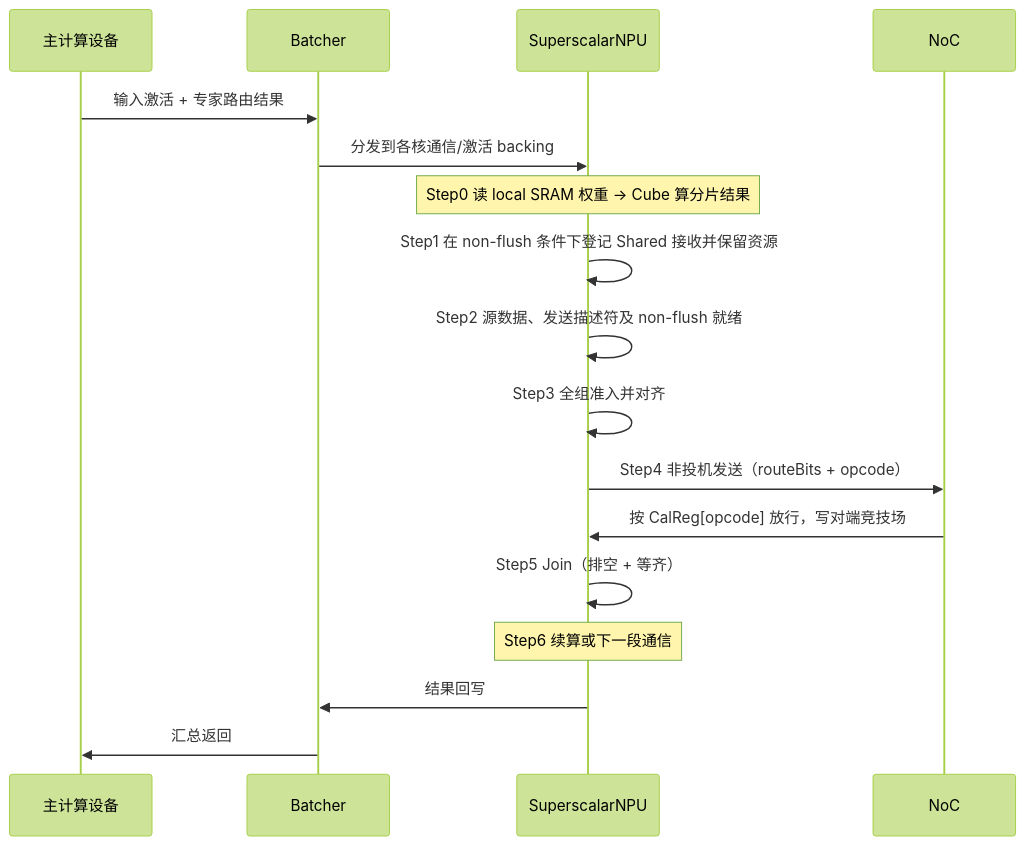
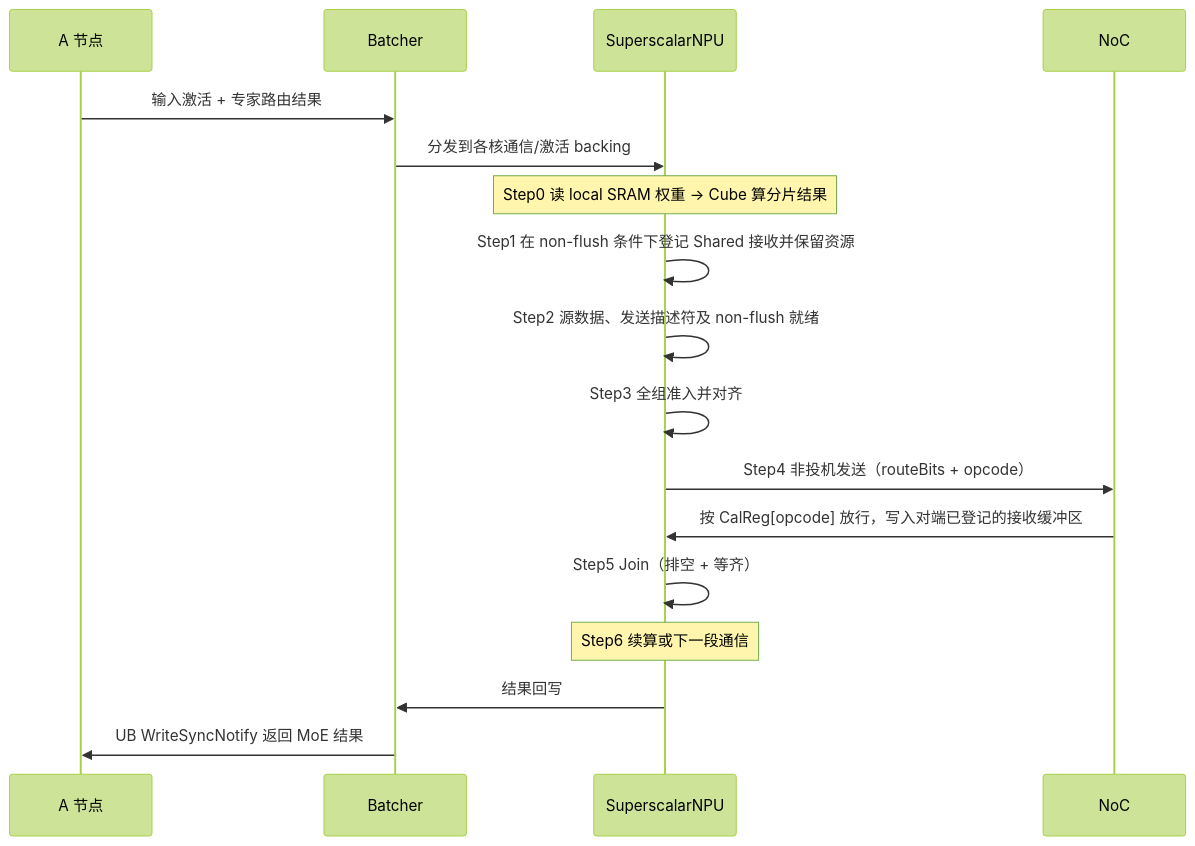
Before and after one commit to PTO-ISA/wse-model: the seventh of 9 diagrams in docs/design/wse-system-architecture-whitepaper.md, drawn with Mermaid (forest theme). The commit also changed other lines of this file and 4 other files, not shown here.

Commit message:
docs: update WSE decode architecture whitepaper to v0.3 (#5)

````diff
--- a/docs/design/wse-system-architecture-whitepaper.md
+++ b/docs/design/wse-system-architecture-whitepaper.md
@@ -738,19 +776,19 @@
 ```mermaid
 sequenceDiagram
-  participant D as 主计算设备
+  participant D as A 节点
   participant B as Batcher
   participant C as SuperscalarNPU
   participant N as NoC
   D->>B: 输入激活 + 专家路由结果
   B->>C: 分发到各核通信/激活 backing
   Note over C: Step0 读 local SRAM 权重 → Cube 算分片结果
   C->>C: Step1 在 non-flush 条件下登记 Shared 接收并保留资源
   C->>C: Step2 源数据、发送描述符及 non-flush 就绪
   C->>C: Step3 全组准入并对齐
   C->>N: Step4 非投机发送（routeBits + opcode）
-  N->>C: 按 CalReg[opcode] 放行，写对端竞技场
+  N->>C: 按 CalReg[opcode] 放行，写入对端已登记的接收缓冲区
   C->>C: Step5 Join（排空 + 等齐）
   Note over C: Step6 续算或下一段通信
   C->>B: 结果回写
-  B->>D: 汇总返回
+  B->>D: UB WriteSyncNotify 返回 MoE 结果
 ```
````
